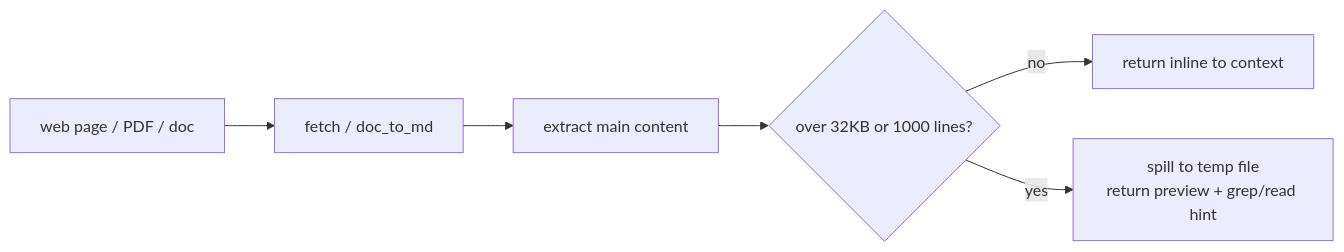
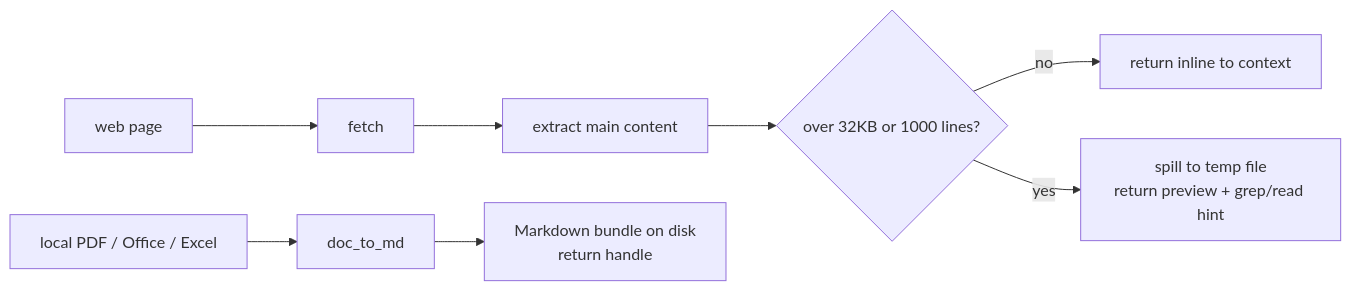
Before and after one commit to jjuraszek/pi-quiver: the diagram in README.md, drawn with Mermaid. The commit also changed other lines of this file and 35 other files, not shown here.

````diff
--- a/README.md
+++ b/README.md
@@ -38,8 +38,10 @@
 ```mermaid
 flowchart LR
-    S[web page / PDF / doc] --> T["fetch / doc_to_md"]
+    S[web page] --> T[fetch]
     T --> E[extract main content]
     E --> G{"over 32KB or 1000 lines?"}
     G -->|no| I[return inline to context]
     G -->|yes| F[spill to temp file<br/>return preview + grep/read hint]
+    D[local PDF / Office / Excel] --> B[doc_to_md]
+    B --> H[Markdown bundle on disk<br/>return handle]
 ```
````
